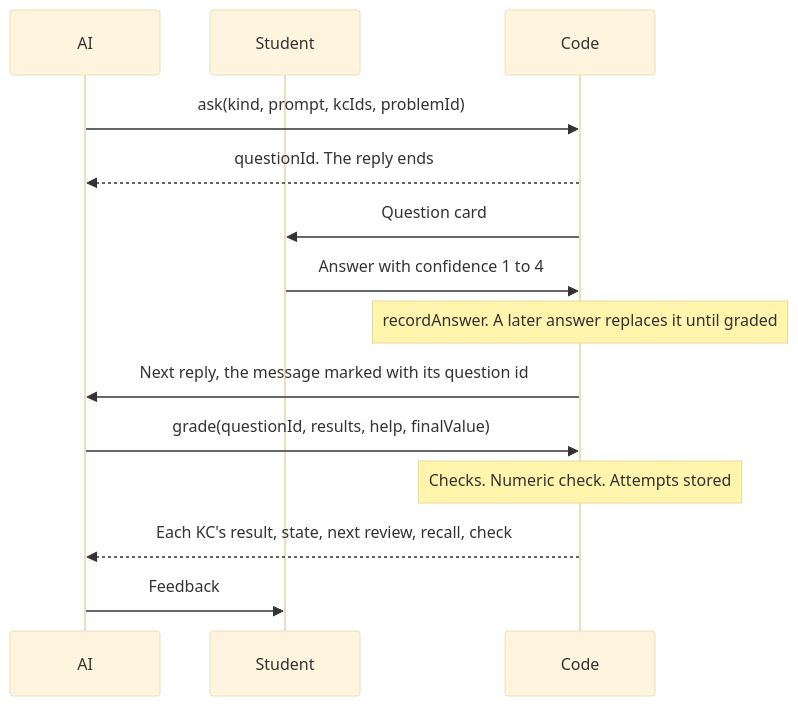
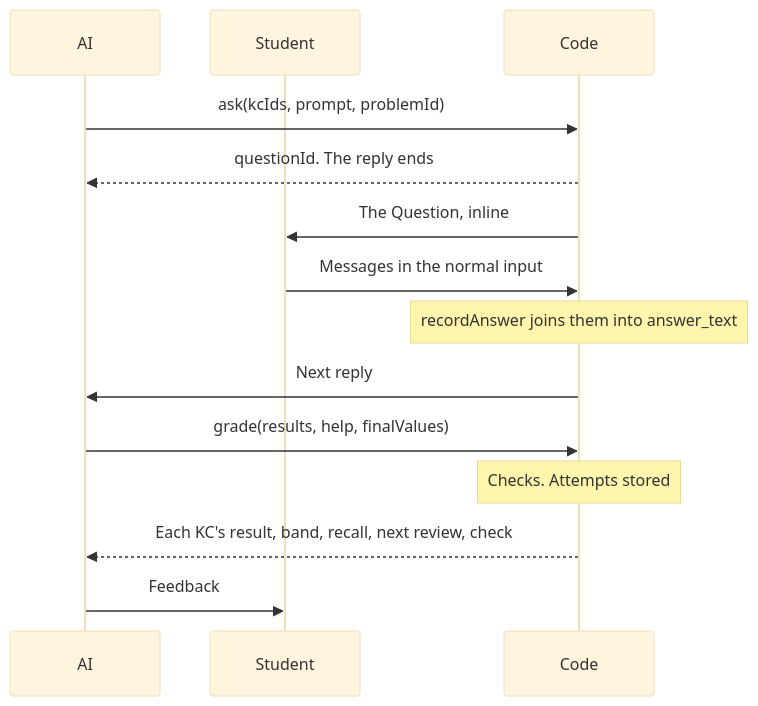
The third of 3 diagrams in docs/features/tutoring.md (69420pm/project-mastery), drawn with Mermaid (base theme) before and after one commit. The commit also changed other lines of this file and 331 other files, not shown here.

````diff
--- a/docs/features/tutoring.md
+++ b/docs/features/tutoring.md
@@ -309,16 +211,16 @@
 ```mermaid
 sequenceDiagram
   participant AI
   participant Student
   participant Code
-  AI->>Code: ask(kind, prompt, kcIds, problemId)
+  AI->>Code: ask(kcIds, prompt, problemId)
   Code-->>AI: questionId. The reply ends
-  Code->>Student: Question card
-  Student->>Code: Answer with confidence 1 to 4
-  Note over Code: recordAnswer. A later answer replaces it until graded
-  Code->>AI: Next reply, the message marked with its question id
-  AI->>Code: grade(questionId, results, help, finalValue)
-  Note over Code: Checks. Numeric check. Attempts stored
-  Code-->>AI: Each KC's result, state, next review, recall, check
+  Code->>Student: The Question, inline
+  Student->>Code: Messages in the normal input
+  Note over Code: recordAnswer joins them into answer_text
+  Code->>AI: Next reply
+  AI->>Code: grade(results, help, finalValues)
+  Note over Code: Checks. Attempts stored
+  Code-->>AI: Each KC's result, band, recall, next review, check
   AI->>Student: Feedback
 ```
````
